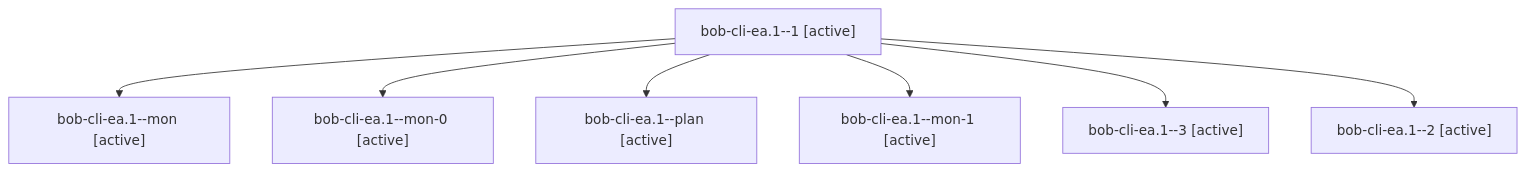
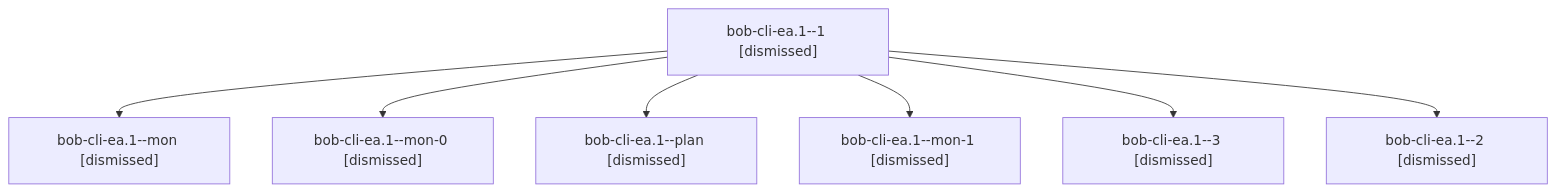
One commit to bobs-org/bob-cli--agents changed the diagram in sessions/bbugyi200.apollo.bob-cli-ea.1.md. Above: the diagram before and after it, drawn with Mermaid. The commit also changed other lines of this file and 256 other files, not shown here.

````diff
--- a/sessions/bbugyi200.apollo.bob-cli-ea.1.md
+++ b/sessions/bbugyi200.apollo.bob-cli-ea.1.md
@@ -9,16 +9,16 @@
 ```mermaid
 flowchart TD
-  n0["bob-cli-ea.1--1 [active]"]
-  n1["bob-cli-ea.1--mon [active]"]
+  n0["bob-cli-ea.1--1 [dismissed]"]
+  n1["bob-cli-ea.1--mon [dismissed]"]
   n0 --> n1
-  n2["bob-cli-ea.1--mon-0 [active]"]
+  n2["bob-cli-ea.1--mon-0 [dismissed]"]
   n0 --> n2
-  n3["bob-cli-ea.1--plan [active]"]
+  n3["bob-cli-ea.1--plan [dismissed]"]
   n0 --> n3
-  n4["bob-cli-ea.1--mon-1 [active]"]
+  n4["bob-cli-ea.1--mon-1 [dismissed]"]
   n0 --> n4
-  n5["bob-cli-ea.1--3 [active]"]
+  n5["bob-cli-ea.1--3 [dismissed]"]
   n0 --> n5
-  n6["bob-cli-ea.1--2 [active]"]
+  n6["bob-cli-ea.1--2 [dismissed]"]
   n0 --> n6
 ```
````
